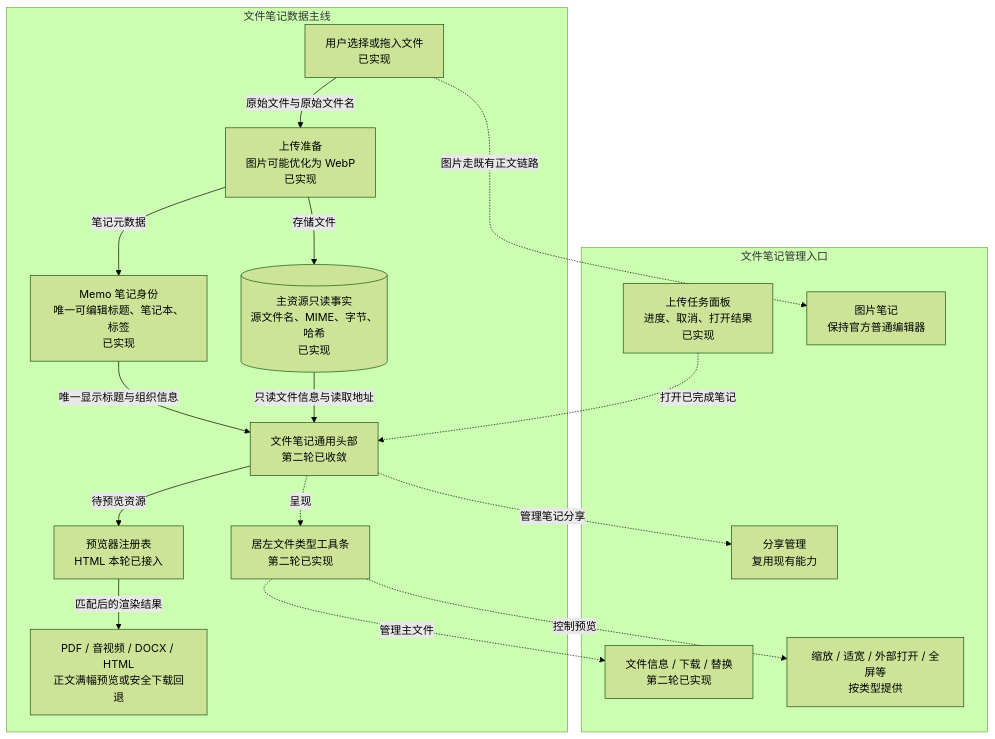
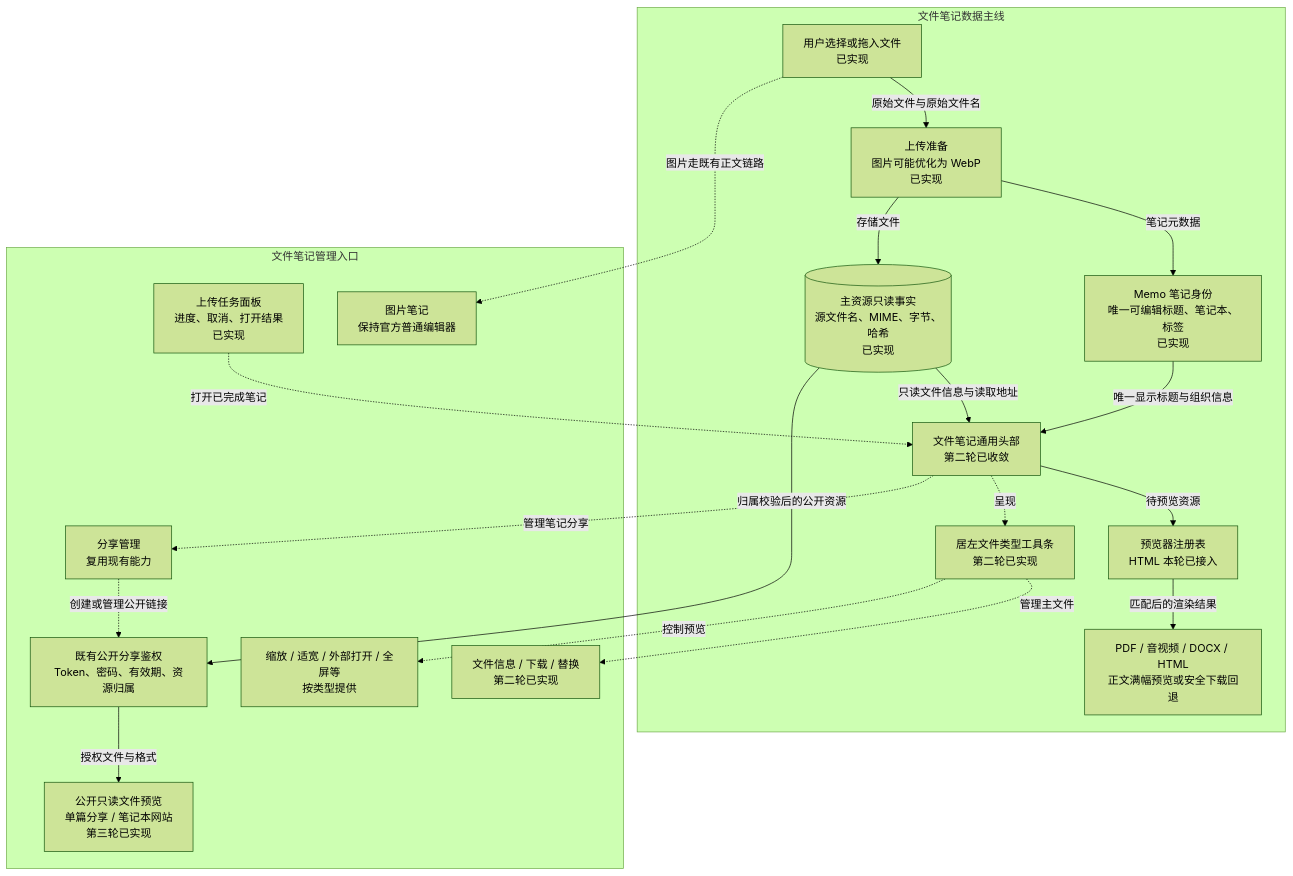
The diagram in docs/file-note-shell-html-preview-iteration.zh-CN.md (LarryGuan/edgeever), drawn with Mermaid (forest theme) before and after one commit. The commit also changed other lines of this file and 1 other file, not shown here.

Commit message:
docs: record file preview sharing implementation

````diff
--- a/docs/file-note-shell-html-preview-iteration.zh-CN.md
+++ b/docs/file-note-shell-html-preview-iteration.zh-CN.md
@@ -48,36 +48,41 @@
 ```mermaid
 flowchart TB
     subgraph FLOW["文件笔记数据主线"]
         INPUT["用户选择或拖入文件<br/>已实现"]
         PREPARE["上传准备<br/>图片可能优化为 WebP<br/>已实现"]
         MEMO["Memo 笔记身份<br/>唯一可编辑标题、笔记本、标签<br/>已实现"]
         RESOURCE[("主资源只读事实<br/>源文件名、MIME、字节、哈希<br/>已实现")]
         PANE["文件笔记通用头部<br/>第二轮已收敛"]
         TOOLBAR["居左文件类型工具条<br/>第二轮已实现"]
         REGISTRY["预览器注册表<br/>HTML 本轮已接入"]
         RESULT["PDF / 音视频 / DOCX / HTML<br/>正文满幅预览或安全下载回退"]
 
         INPUT -->|"原始文件与原始文件名"| PREPARE
         PREPARE -->|"笔记元数据"| MEMO
         PREPARE -->|"存储文件"| RESOURCE
         MEMO -->|"唯一显示标题与组织信息"| PANE
         RESOURCE -->|"只读文件信息与读取地址"| PANE
         PANE -->|"待预览资源"| REGISTRY
         REGISTRY -->|"匹配后的渲染结果"| RESULT
     end
 
     subgraph TOOLS["文件笔记管理入口"]
         ACTIONS["文件信息 / 下载 / 替换<br/>第二轮已实现"]
         PREVIEW_ACTIONS["缩放 / 适宽 / 外部打开 / 全屏等<br/>按类型提供"]
         SHARE["分享管理<br/>复用现有能力"]
+        PUBLIC_AUTH["既有公开分享鉴权<br/>Token、密码、有效期、资源归属"]
+        PUBLIC_PREVIEW["公开只读文件预览<br/>单篇分享 / 笔记本网站<br/>第三轮已实现"]
         UPLOADS["上传任务面板<br/>进度、取消、打开结果<br/>已实现"]
         IMAGE_EDITOR["图片笔记<br/>保持官方普通编辑器"]
     end
 
     PANE -.->|"呈现"| TOOLBAR
     TOOLBAR -.->|"管理主文件"| ACTIONS
     TOOLBAR -.->|"控制预览"| PREVIEW_ACTIONS
     PANE -.->|"管理笔记分享"| SHARE
+    SHARE -.->|"创建或管理公开链接"| PUBLIC_AUTH
+    RESOURCE -->|"归属校验后的公开资源"| PUBLIC_AUTH
+    PUBLIC_AUTH -->|"授权文件与格式"| PUBLIC_PREVIEW
     UPLOADS -.->|"打开已完成笔记"| PANE
     INPUT -.->|"图片走既有正文链路"| IMAGE_EDITOR
 ```
````
